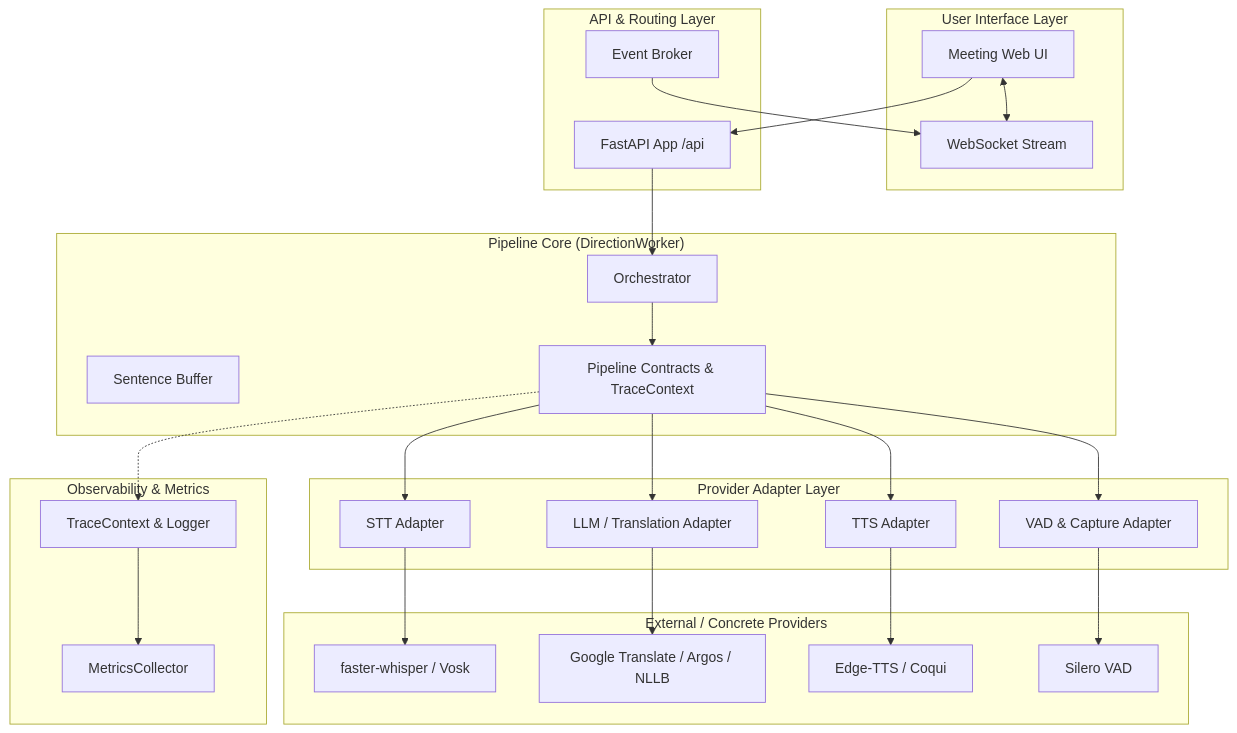
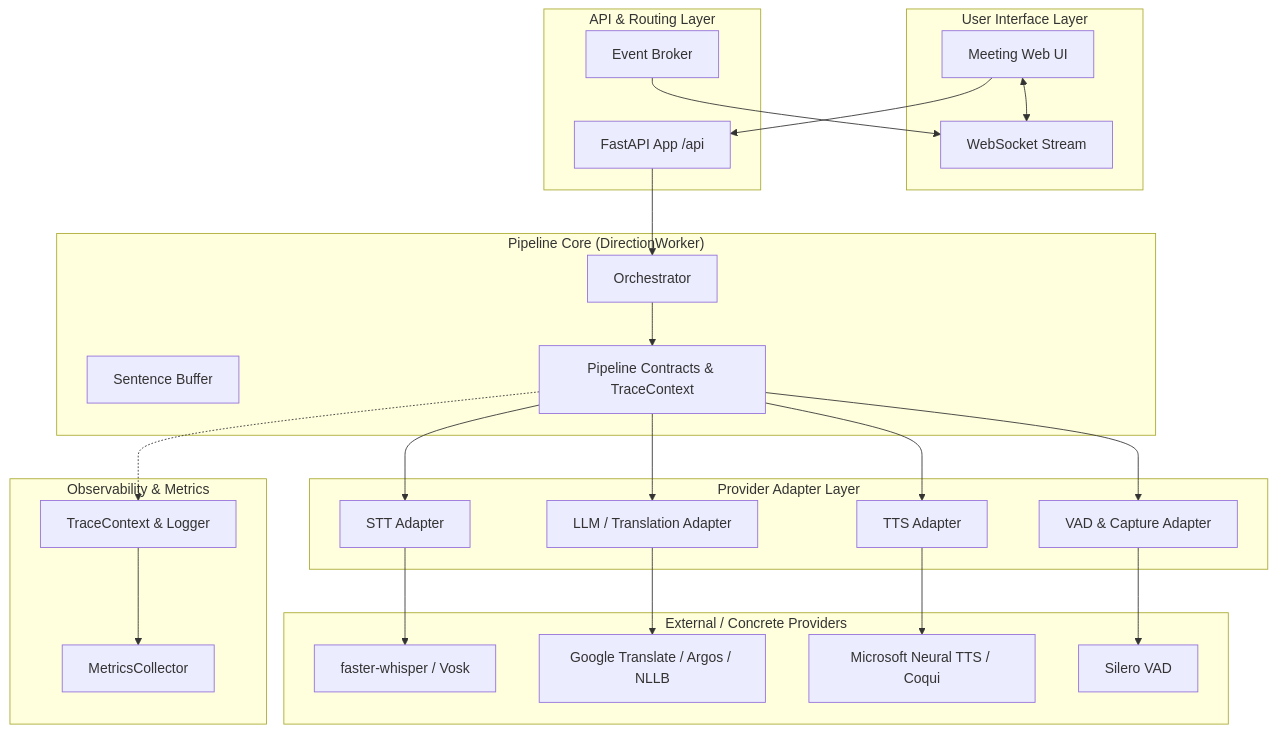
Before and after one commit to aminturabi/VoiceBridge-AI: the first of 4 diagrams in docs/architecture.md, drawn with Mermaid. The commit also changed other lines of this file and 25 other files, not shown here.

````diff
--- a/docs/architecture.md
+++ b/docs/architecture.md
@@ -17,55 +17,55 @@
 ```mermaid
 flowchart TD
     subgraph UI ["User Interface Layer"]
         WEBUI[Meeting Web UI]
         WS[WebSocket Stream]
     end
 
     subgraph API ["API & Routing Layer"]
         APP[FastAPI App /api]
         BROKER[Event Broker]
     end
 
     subgraph PIPELINE ["Pipeline Core (DirectionWorker)"]
         ORCH[Orchestrator]
         BUFFER[Sentence Buffer]
         CONTRACTS[Pipeline Contracts & TraceContext]
     end
 
     subgraph ADAPTERS ["Provider Adapter Layer"]
         STT_ADAPTER[STT Adapter]
         LLM_ADAPTER[LLM / Translation Adapter]
         TTS_ADAPTER[TTS Adapter]
         VAD_ADAPTER[VAD & Capture Adapter]
     end
 
     subgraph PROVIDERS ["External / Concrete Providers"]
         WHISPER[faster-whisper / Vosk]
         GOOGLE[Google Translate / Argos / NLLB]
-        EDGE[Edge-TTS / Coqui]
+        EDGE[Microsoft Neural TTS / Coqui]
         SILERO[Silero VAD]
     end
 
     subgraph TELEMETRY ["Observability & Metrics"]
         TRACE[TraceContext & Logger]
         COLLECTOR[MetricsCollector]
     end
 
     WEBUI --> APP
     WEBUI <--> WS
     APP --> ORCH
     ORCH --> CONTRACTS
     CONTRACTS --> VAD_ADAPTER
     CONTRACTS --> STT_ADAPTER
     CONTRACTS --> LLM_ADAPTER
     CONTRACTS --> TTS_ADAPTER
 
     VAD_ADAPTER --> SILERO
     STT_ADAPTER --> WHISPER
     LLM_ADAPTER --> GOOGLE
     TTS_ADAPTER --> EDGE
 
     CONTRACTS -.-> TRACE
     TRACE --> COLLECTOR
     BROKER --> WS
 ```
````
